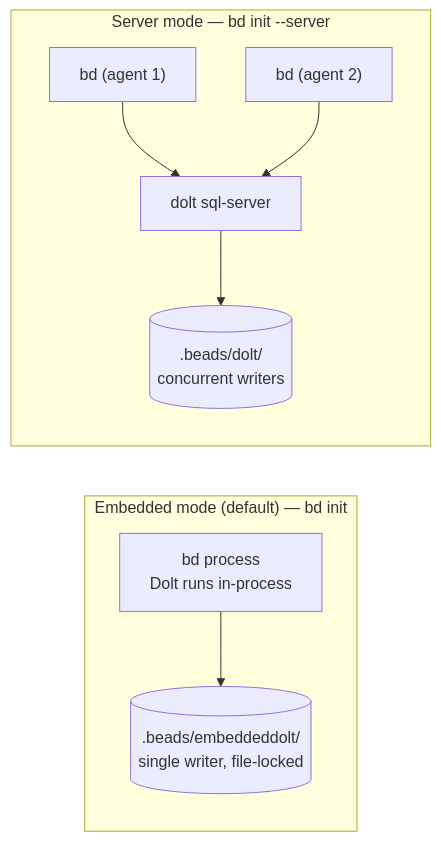
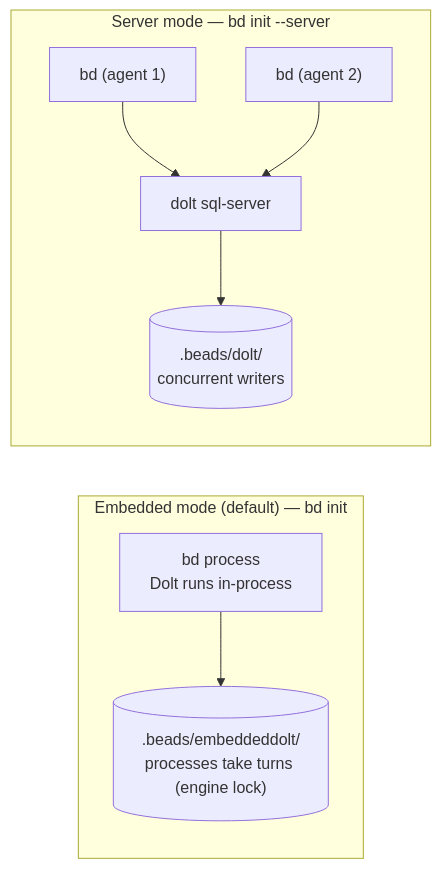
One commit to gastownhall/beads changed the diagram in docs/architecture/dolt.md. Above: the diagram before and after it, drawn with Mermaid. The commit also changed other lines of this file and 3 other files, not shown here.

First line of the commit message:
docs(embedded): describe serialized multiprocess access, not a single process (GH#4767)

````diff
--- a/docs/architecture/dolt.md
+++ b/docs/architecture/dolt.md
@@ -281,11 +281,11 @@
 ```mermaid
 flowchart LR
     subgraph embedded["Embedded mode (default) — bd init"]
-        bd1["bd process<br/>Dolt runs in-process"] --> d1[(".beads/embeddeddolt/<br/>single writer, file-locked")]
+        bd1["bd process<br/>Dolt runs in-process"] --> d1[(".beads/embeddeddolt/<br/>processes take turns (engine lock)")]
     end
     subgraph server["Server mode — bd init --server"]
         bd2["bd (agent 1)"] --> srv["dolt sql-server"]
         bd3["bd (agent 2)"] --> srv
         srv --> d2[(".beads/dolt/<br/>concurrent writers")]
     end
 ```
````
